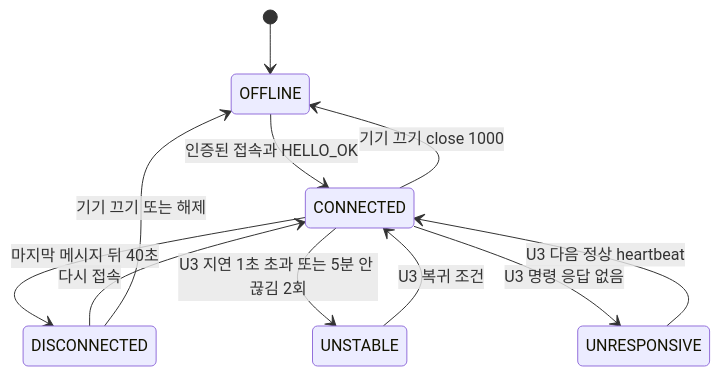
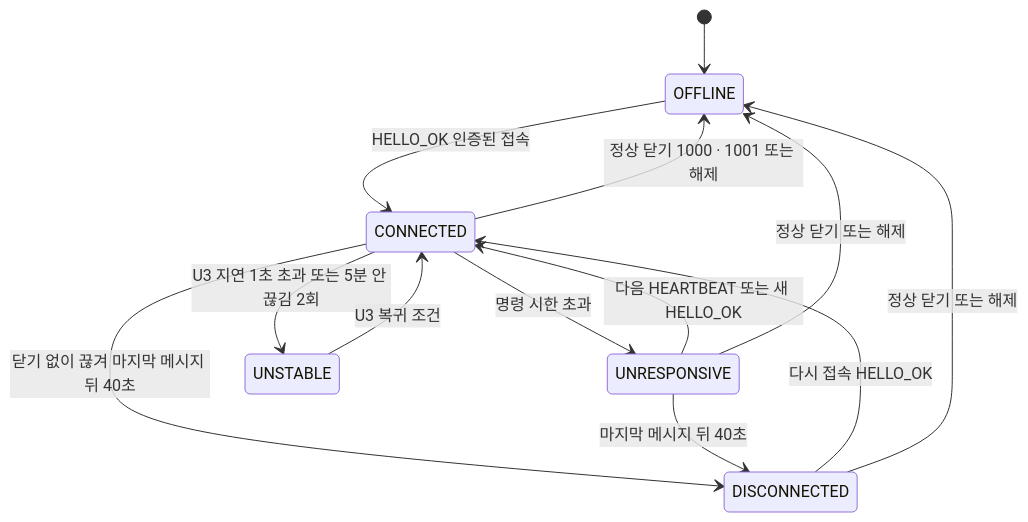
Before and after one commit to team-jomyung/mujungi: the second of 5 diagrams in aidlc/spaces/default/intents/261008-mujoong-service/construction/u1-walking-skeleton/functional-design/functional-spec.md, drawn with Mermaid. The commit also changed other lines of this file and 5 other files, not shown here.

````diff
--- a/aidlc/spaces/default/intents/261008-mujoong-service/construction/u1-walking-skeleton/functional-design/functional-spec.md
+++ b/aidlc/spaces/default/intents/261008-mujoong-service/construction/u1-walking-skeleton/functional-design/functional-spec.md
@@ -153,13 +184,15 @@
 ```mermaid
 stateDiagram-v2
   [*] --> OFFLINE
-  OFFLINE --> CONNECTED : 인증된 접속과 HELLO_OK
-  CONNECTED --> OFFLINE : 기기 끄기 close 1000
-  CONNECTED --> DISCONNECTED : 마지막 메시지 뒤 40초
-  DISCONNECTED --> CONNECTED : 다시 접속
-  DISCONNECTED --> OFFLINE : 기기 끄기 또는 해제
+  OFFLINE --> CONNECTED : HELLO_OK 인증된 접속
+  CONNECTED --> OFFLINE : 정상 닫기 1000 · 1001 또는 해제
+  CONNECTED --> DISCONNECTED : 닫기 없이 끊겨 마지막 메시지 뒤 40초
+  DISCONNECTED --> CONNECTED : 다시 접속 HELLO_OK
+  DISCONNECTED --> OFFLINE : 정상 닫기 또는 해제
+  CONNECTED --> UNRESPONSIVE : 명령 시한 초과
+  UNRESPONSIVE --> CONNECTED : 다음 HEARTBEAT 또는 새 HELLO_OK
+  UNRESPONSIVE --> DISCONNECTED : 마지막 메시지 뒤 40초
+  UNRESPONSIVE --> OFFLINE : 정상 닫기 또는 해제
   CONNECTED --> UNSTABLE : U3 지연 1초 초과 또는 5분 안 끊김 2회
   UNSTABLE --> CONNECTED : U3 복귀 조건
-  CONNECTED --> UNRESPONSIVE : U3 명령 응답 없음
-  UNRESPONSIVE --> CONNECTED : U3 다음 정상 heartbeat
 ```
````
